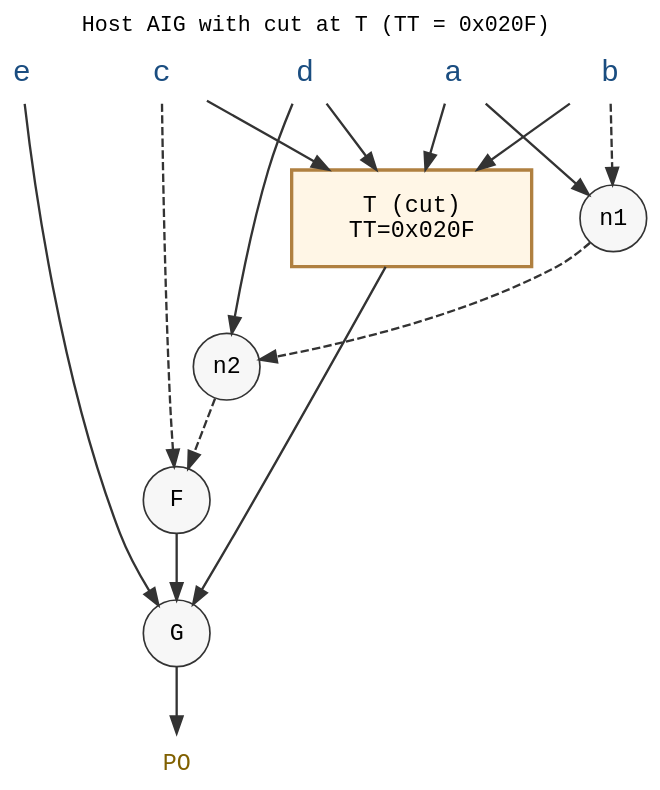
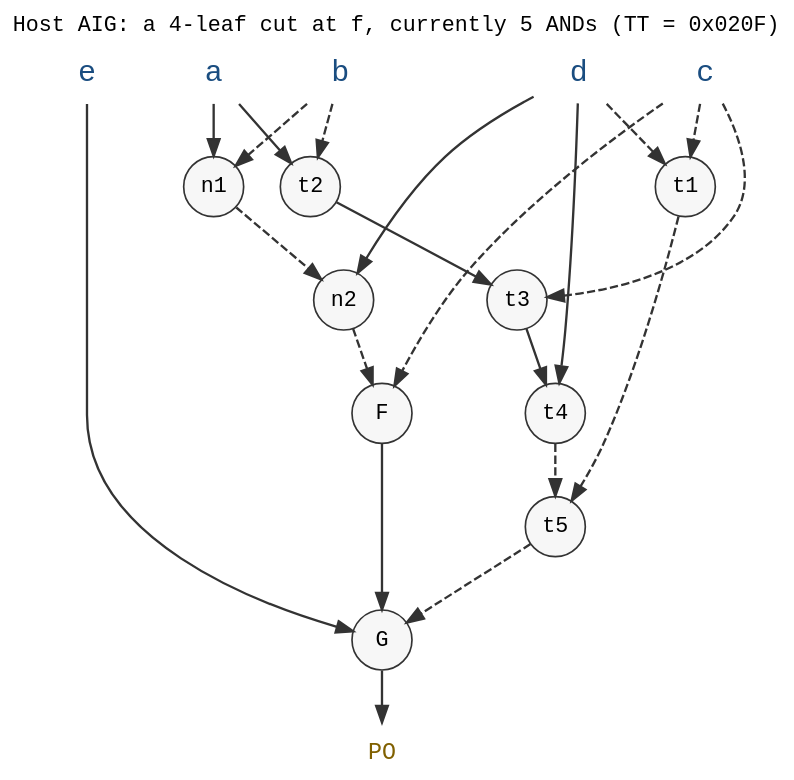
One commit to cyberseihis/abc-synthesis-notes changed the diagram in viz/diagrams/npn_aig.dot. Above: the diagram before and after it, drawn with Graphviz. The commit also changed 2 other files, not shown here.

Commit message:
npn: cut starts as inefficient 5-AND chain, replaced by canonical 3-AND
Old main view used an abstract cut box T, so the rewrite lesson — that
canonization buys you a smaller circuit — was invisible. Now the cut at
f is a concrete 5-node MFFC {t1..t5} factoring 0x020F as
~c·~d + a·~b·~c·d (~c is duplicated across the two terms — exactly the
kind of redundancy rewrite catches). Step 6 hides those 5 nodes and
shows the 3-AND replacement (n1, n2, F) wired to the cut leaves; the
gain pane reports MFFC=5 → new=3 → gain 2.

Both states baked into the same SVG, toggled via "hidden" highlights.
Verified by sim: both compute 0x020F over (a,b,c,d).

```diff
--- a/viz/diagrams/npn_aig.dot
+++ b/viz/diagrams/npn_aig.dot
@@ -1,75 +1,87 @@
-// Main SVG for npn: a host AIG containing a 4-leaf cut at node T.
-// The cut at T implements TT 0x020F over leaves {a, b, c, d}; rewrite
-// will replace T with a class-12 subgraph from the library.
+// Main SVG for npn: a host AIG with a 4-leaf cut implemented INEFFICIENTLY
+// as 5 fanin-2 ANDs (t1..t5) computing f = TT 0x020F over {a, b, c, d}.
+// Rewrite will replace this 5-node MFFC with the 3-node canonical-derived
+// subgraph (n1, n2, F).
 //
-// The diagram bakes BOTH states into the same SVG:
-//   * Steps 1-5: the cut box T is visible, the 3-AND replacement is hidden.
-//   * Step 6 (slot-in): T hides, the 3-AND chain is shown with proper
-//     wiring to the cut leaves (after pPhases + pPerms applied).
+// Inefficient (initial) implementation:
+//   t1 = ¬c · ¬d
+//   t2 = a · ¬b
+//   t3 = t2 · ¬c          (¬c shows up twice — redundant; rewrite catches this)
+//   t4 = t3 · d
+//   t5 = ¬t1 · ¬t4         (= ¬(t1 + t4))
+//   f  = ¬t5               (the edge t5 → G is dashed)
 //
-// Replacement (after phase 0x01 + perm swap-x2,x3 applied to canonical):
+// Slot-in replacement (after pPhases=0x01 + pPerms=swap-x2,x3 applied to
+// canonical of class 12):
 //   n1 = a · ¬b
 //   n2 = d · ¬n1
 //   F  = ¬c · ¬n2          ( ≡ TT 0x020F )
+//
+// Both states are baked into the same SVG; the walkthrough toggles which
+// is shown via the "hidden" highlight class.
 digraph npn_aig {
     rankdir = TB
-    ranksep = 0.55
-    nodesep = 0.4
+    ranksep = 0.45
+    nodesep = 0.3
     bgcolor = "transparent"
-    label = "Host AIG with cut at T (TT = 0x020F)"
+    label = "Host AIG: a 4-leaf cut at f, currently 5 ANDs (TT = 0x020F)"
     labelloc = "t"
     fontname = "monospace"
     fontsize = 13
 
-    node [fontname = "monospace", fontsize = 14, color = "#333333"]
+    node [fontname = "monospace", fontsize = 13, color = "#333333"]
     edge [color = "#333333", penwidth = 1.4]
 
     { rank = source
       a [id="node-a", label="a", shape=plaintext, fontsize=18, fontcolor="#1a4d80"]
       b [id="node-b", label="b", shape=plaintext, fontsize=18, fontcolor="#1a4d80"]
       c [id="node-c", label="c", shape=plaintext, fontsize=18, fontcolor="#1a4d80"]
       d [id="node-d", label="d", shape=plaintext, fontsize=18, fontcolor="#1a4d80"]
       e [id="node-e", label="e", shape=plaintext, fontsize=18, fontcolor="#1a4d80"]
     }
 
-    // Cut box (visible in steps 1..5)
-    T  [id="node-T",  label="T (cut)\nTT=0x020F", shape=box, width=2.0, height=0.8, fixedsize=true, style=filled, fillcolor="#fff6e6", color="#b08040", penwidth=2]
+    // ---- Inefficient 5-AND cut (t1..t5) ----
+    t1 [id="node-t1", label="t1", shape=circle, width=0.5, fixedsize=true, style=filled, fillcolor="#f7f7f7"]
+    t2 [id="node-t2", label="t2", shape=circle, width=0.5, fixedsize=true, style=filled, fillcolor="#f7f7f7"]
+    t3 [id="node-t3", label="t3", shape=circle, width=0.5, fixedsize=true, style=filled, fillcolor="#f7f7f7"]
+    t4 [id="node-t4", label="t4", shape=circle, width=0.5, fixedsize=true, style=filled, fillcolor="#f7f7f7"]
+    t5 [id="node-t5", label="t5", shape=circle, width=0.5, fixedsize=true, style=filled, fillcolor="#f7f7f7"]
 
-    // Replacement subgraph (hidden until step 6)
-    n1 [id="node-n1", label="n1", shape=circle, width=0.55, fixedsize=true, style=filled, fillcolor="#f7f7f7"]
-    n2 [id="node-n2", label="n2", shape=circle, width=0.55, fixedsize=true, style=filled, fillcolor="#f7f7f7"]
-    F  [id="node-F",  label="F",  shape=circle, width=0.55, fixedsize=true, style=filled, fillcolor="#f7f7f7"]
+    // ---- Replacement 3-AND subgraph (n1, n2, F) ----
+    n1 [id="node-n1", label="n1", shape=circle, width=0.5, fixedsize=true, style=filled, fillcolor="#f7f7f7"]
+    n2 [id="node-n2", label="n2", shape=circle, width=0.5, fixedsize=true, style=filled, fillcolor="#f7f7f7"]
+    F  [id="node-F",  label="F",  shape=circle, width=0.5, fixedsize=true, style=filled, fillcolor="#f7f7f7"]
 
-    // Downstream context (the rest of the AIG)
-    G  [id="node-G",  label="G",  shape=circle, width=0.55, fixedsize=true, style=filled, fillcolor="#f7f7f7"]
+    // ---- Downstream context ----
+    G  [id="node-G",  label="G",  shape=circle, width=0.5, fixedsize=true, style=filled, fillcolor="#f7f7f7"]
 
     { rank = sink
       PO [id="node-PO", label="PO", shape=plaintext, fontsize=14, fontcolor="#806000"]
     }
 
-    // Cut-state edges (visible in steps 1..5, hidden in step 6)
-    a -> T [id="edge-a-T"]
-    b -> T [id="edge-b-T"]
-    c -> T [id="edge-c-T"]
-    d -> T [id="edge-d-T"]
-    T -> G [id="edge-T-G"]
+    // Inefficient cut edges
+    a -> t2 [id="edge-a-t2"]
+    b -> t2 [id="edge-b-t2", style=dashed]
+    c -> t1 [id="edge-c-t1", style=dashed]
+    d -> t1 [id="edge-d-t1", style=dashed]
+    c -> t3 [id="edge-c-t3", style=dashed]
+    t2 -> t3 [id="edge-t2-t3"]
+    d -> t4 [id="edge-d-t4"]
+    t3 -> t4 [id="edge-t3-t4"]
+    t1 -> t5 [id="edge-t1-t5", style=dashed]
+    t4 -> t5 [id="edge-t4-t5", style=dashed]
+    t5 -> G  [id="edge-t5-G",  style=dashed]
 
-    // Slot-in edges (hidden in steps 1..5, visible in step 6).
-    // Polarities reflect canonical's polarities composed with pPhases(0x01)
-    // applied at slot 0, and pPerms swap-x2,x3 routing slots 2/3 to d/c:
-    //   slot 0 (originally ~x0, now phase-flipped) → solid edge from a
-    //   slot 1 (~x1) → dashed edge from b
-    //   slot 2 (canonical x2 solid; perm sends it to d) → solid edge from d
-    //   slot 3 (canonical ~x3; perm sends it to c) → dashed edge from c
+    // Replacement edges
     a -> n1 [id="edge-a-n1"]
     b -> n1 [id="edge-b-n1", style=dashed]
     d -> n2 [id="edge-d-n2"]
     n1 -> n2 [id="edge-n1-n2", style=dashed]
-    c -> F [id="edge-c-F", style=dashed]
+    c -> F  [id="edge-c-F",  style=dashed]
     n2 -> F [id="edge-n2-F", style=dashed]
-    F -> G [id="edge-F-G"]
+    F -> G  [id="edge-F-G"]
 
     // Always-visible context
-    e -> G [id="edge-e-G"]
+    e -> G  [id="edge-e-G"]
     G -> PO [id="edge-G-PO"]
 }
```
